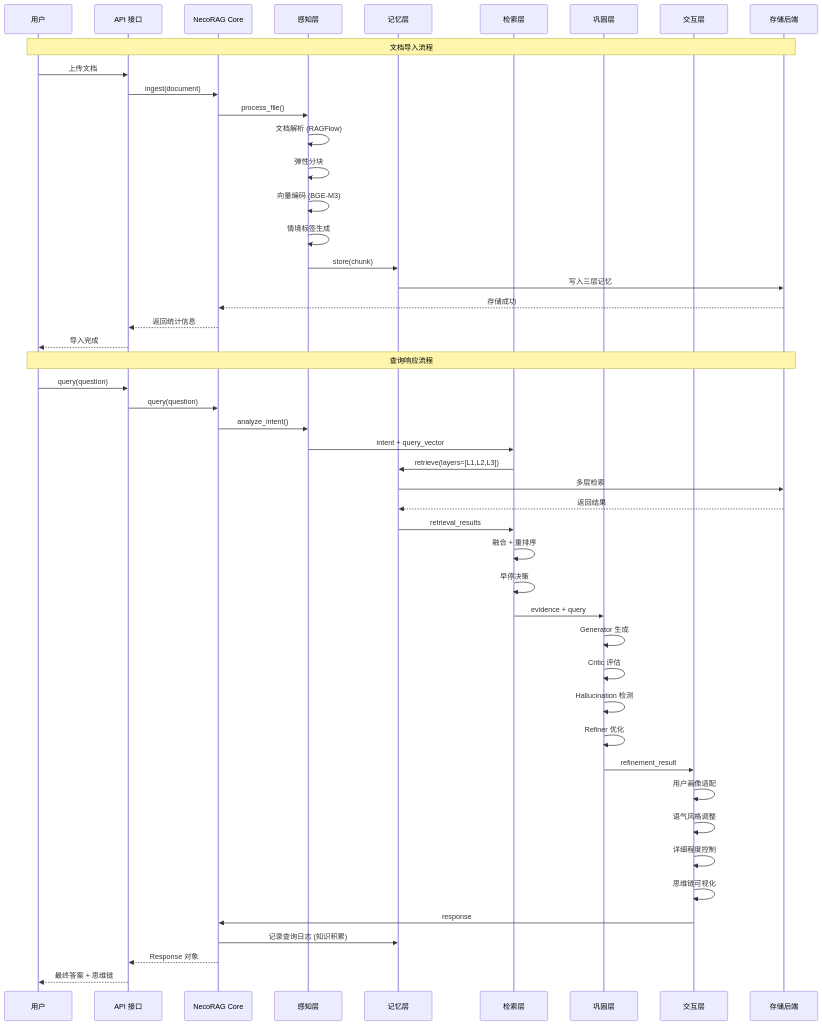
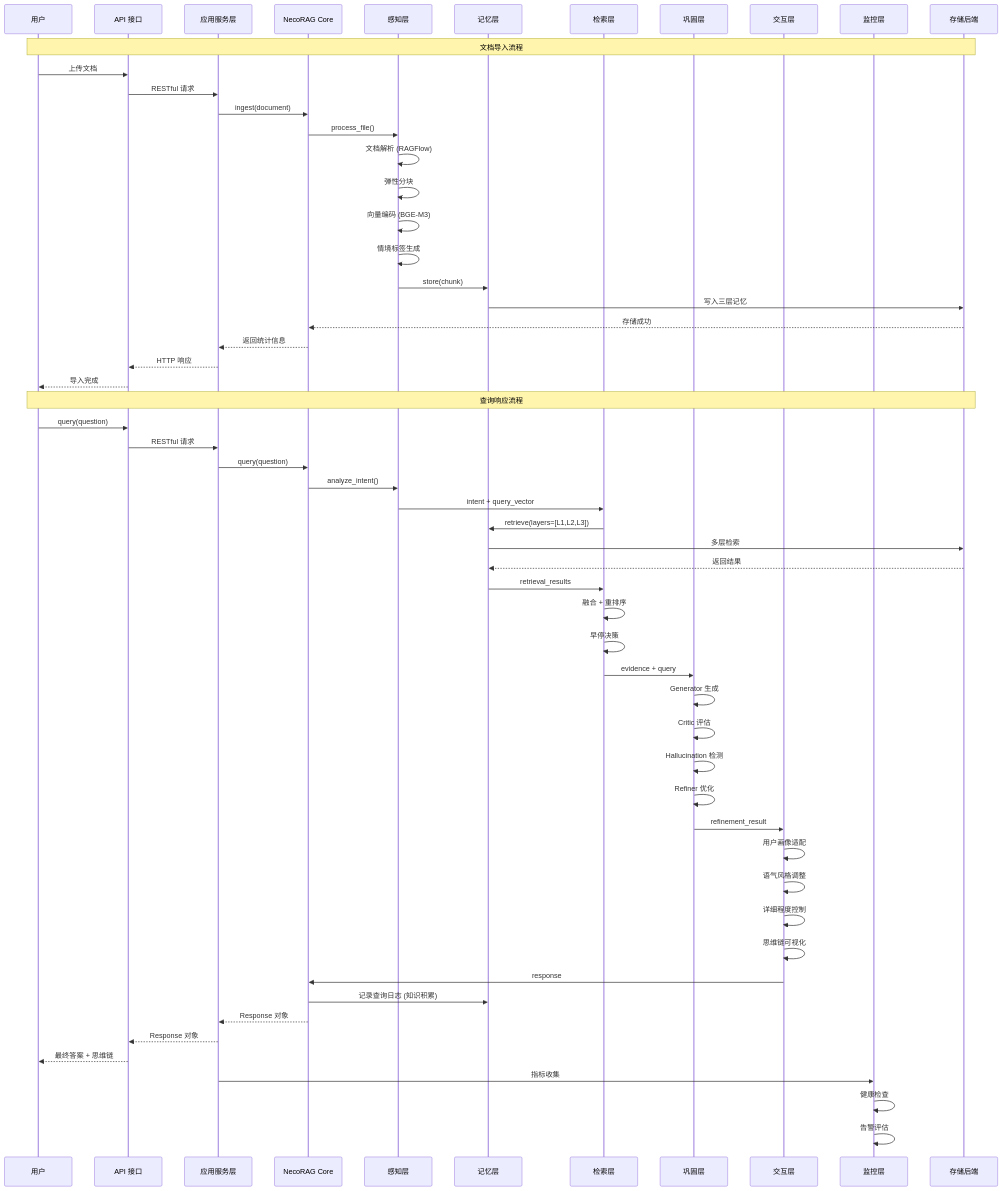
The second of 12 diagrams in .qoder/repowiki/zh/content/项目概述/技术架构概览.md (JieGaoPrinceton/NecoRAG), drawn with Mermaid before and after one commit. The commit also changed other lines of this file and 17 other files, not shown here.

````diff
--- a/.qoder/repowiki/zh/content/项目概述/技术架构概览.md
+++ b/.qoder/repowiki/zh/content/项目概述/技术架构概览.md
@@ -136,50 +222,59 @@
 ```mermaid
 sequenceDiagram
 participant User as 用户
 participant API as API 接口
+participant APP as 应用服务层
 participant NR as NecoRAG Core
 participant L1 as 感知层
 participant L2 as 记忆层
 participant L3 as 检索层
 participant L4 as 巩固层
 participant L5 as 交互层
+participant MON as 监控层
 participant DB as 存储后端
 Note over User,DB : 文档导入流程
 User->>API : 上传文档
-API->>NR : ingest(document)
+API->>APP : RESTful 请求
+APP->>NR : ingest(document)
 NR->>L1 : process_file()
 L1->>L1 : 文档解析 (RAGFlow)
 L1->>L1 : 弹性分块
 L1->>L1 : 向量编码 (BGE-M3)
 L1->>L1 : 情境标签生成
 L1->>L2 : store(chunk)
 L2->>DB : 写入三层记忆
 DB-->>NR : 存储成功
-NR-->>API : 返回统计信息
+NR-->>APP : 返回统计信息
+APP-->>API : HTTP 响应
 API-->>User : 导入完成
 Note over User,DB : 查询响应流程
 User->>API : query(question)
-API->>NR : query(question)
+API->>APP : RESTful 请求
+APP->>NR : query(question)
 NR->>L1 : analyze_intent()
 L1->>L3 : intent + query_vector
 L3->>L2 : retrieve(layers=[L1,L2,L3])
 L2->>DB : 多层检索
 DB-->>L2 : 返回结果
 L2->>L3 : retrieval_results
 L3->>L3 : 融合 + 重排序
 L3->>L3 : 早停决策
 L3->>L4 : evidence + query
 L4->>L4 : Generator 生成
 L4->>L4 : Critic 评估
 L4->>L4 : Hallucination 检测
 L4->>L4 : Refiner 优化
 L4->>L5 : refinement_result
 L5->>L5 : 用户画像适配
 L5->>L5 : 语气风格调整
 L5->>L5 : 详细程度控制
 L5->>L5 : 思维链可视化
 L5->>NR : response
 NR->>L2 : 记录查询日志 (知识积累)
-NR-->>API : Response 对象
+NR-->>APP : Response 对象
+APP-->>API : Response 对象
 API-->>User : 最终答案 + 思维链
+APP->>MON : 指标收集
+MON->>MON : 健康检查
+MON->>MON : 告警评估
 ```
````
